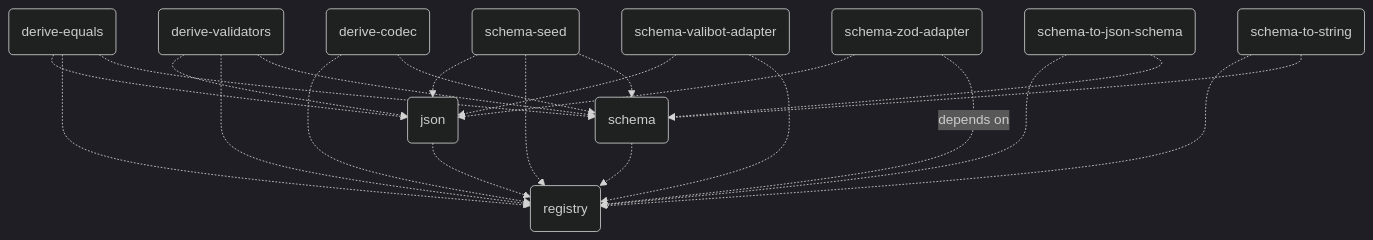
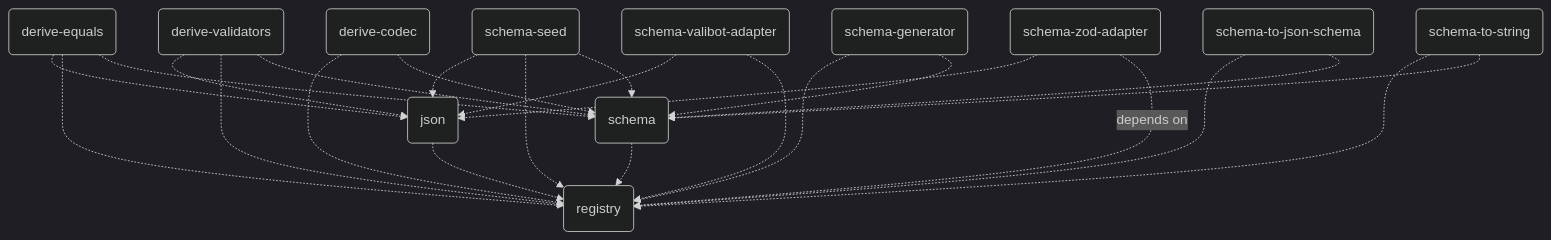
Before and after one commit to traversable/schema: the diagram in README.md, drawn with Mermaid (dark theme). The commit also changed 17 other files, not shown here.

````diff
--- a/README.md
+++ b/README.md
@@ -383,25 +383,27 @@
 ```mermaid
 flowchart TD
     registry(registry)
     json(json) -.-> registry(registry)
     schema(schema) -.-> registry(registry)
     derive-codec(derive-codec) -.-> registry(registry)
     derive-codec(derive-codec) -.-> schema(schema)
     derive-equals(derive-equals) -.-> json(json)
     derive-equals(derive-equals) -.-> registry(registry)
     derive-equals(derive-equals) -.-> schema(schema)
     derive-validators(derive-validators) -.-> json(json)
     derive-validators(derive-validators) -.-> registry(registry)
     derive-validators(derive-validators) -.-> schema(schema)
+    schema-generator(schema-generator) -.-> registry(registry)
+    schema-generator(schema-generator) -.-> schema(schema)
     schema-seed(schema-seed) -.-> json(json)
     schema-seed(schema-seed) -.-> registry(registry)
     schema-seed(schema-seed) -.-> schema(schema)
     schema-to-json-schema(schema-to-json-schema) -.-> registry(registry)
     schema-to-json-schema(schema-to-json-schema) -.-> schema(schema)
     schema-to-string(schema-to-string) -.-> registry(registry)
     schema-to-string(schema-to-string) -.-> schema(schema)
     schema-valibot-adapter(schema-valibot-adapter) -.-> json(json)
     schema-valibot-adapter(schema-valibot-adapter) -.-> registry(registry)
     schema-zod-adapter(schema-zod-adapter) -.-> json(json)
     schema-zod-adapter(schema-zod-adapter) -.depends on.-> registry(registry)
 ```
````
